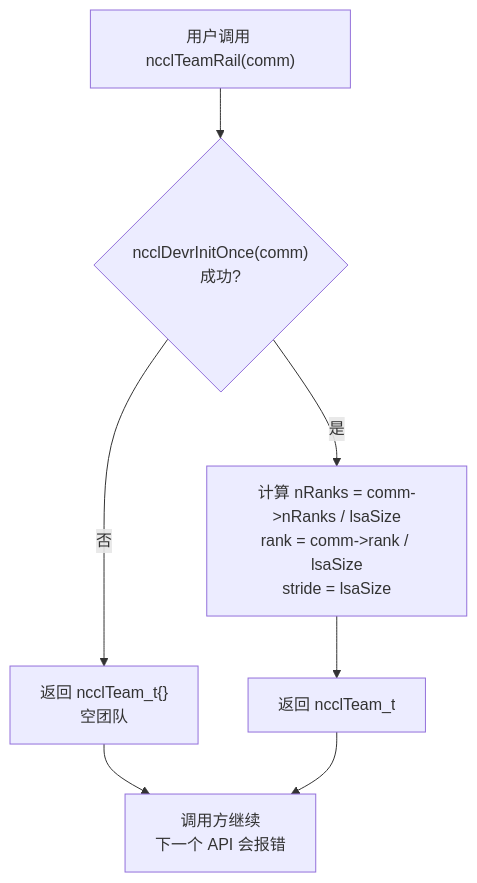
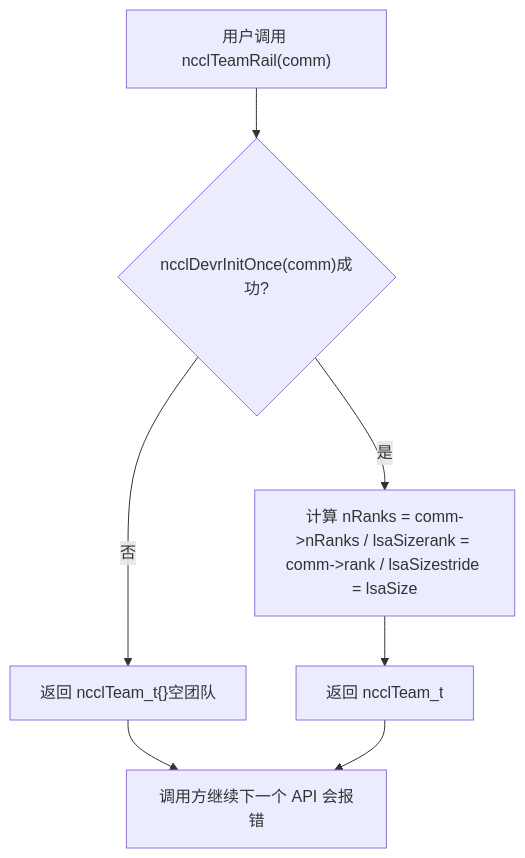
One commit to maleRjc/AiReadCodeBooks changed the first of 5 diagrams in books/nccl/en/20-device-api-and-kernel-fusion.md. Above: the diagram before and after it, drawn with Mermaid. The commit also changed other lines of this file and 80 other files, not shown here.

````diff
--- a/books/nccl/en/20-device-api-and-kernel-fusion.md
+++ b/books/nccl/en/20-device-api-and-kernel-fusion.md
@@ -42,9 +41,9 @@
 ```mermaid
 flowchart TD
-    start["用户调用 ncclTeamRail(comm)"] --> init{"ncclDevrInitOnce(comm)<br/>成功?"}
-    init -->|"否"| empty["返回 ncclTeam_t{}<br/>空团队"]
-    init -->|"是"| calc["计算 nRanks = comm->nRanks / lsaSize<br/>rank = comm->rank / lsaSize<br/>stride = lsaSize"]
+    start["用户调用 ncclTeamRail(comm)"] --> init{"ncclDevrInitOnce(comm)成功?"}
+    init -->|"否"| empty["返回 ncclTeam_t{}空团队"]
+    init -->|"是"| calc["计算 nRanks = comm->nRanks / lsaSizerank = comm->rank / lsaSizestride = lsaSize"]
     calc --> ret["返回 ncclTeam_t"]
-    empty --> caller["调用方继续<br/>下一个 API 会报错"]
+    empty --> caller["调用方继续下一个 API 会报错"]
     ret --> caller
 ```
````
